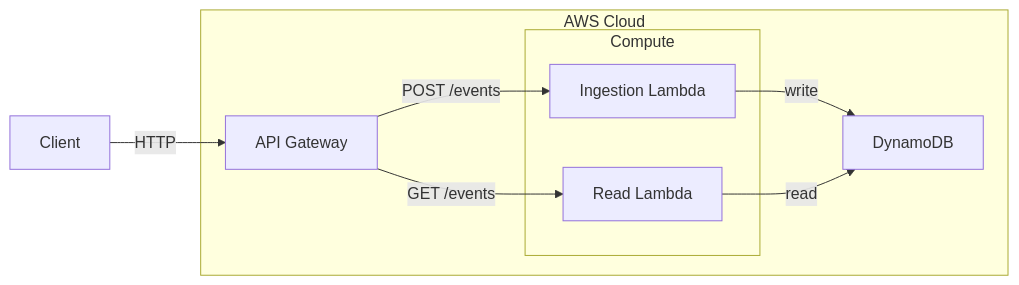
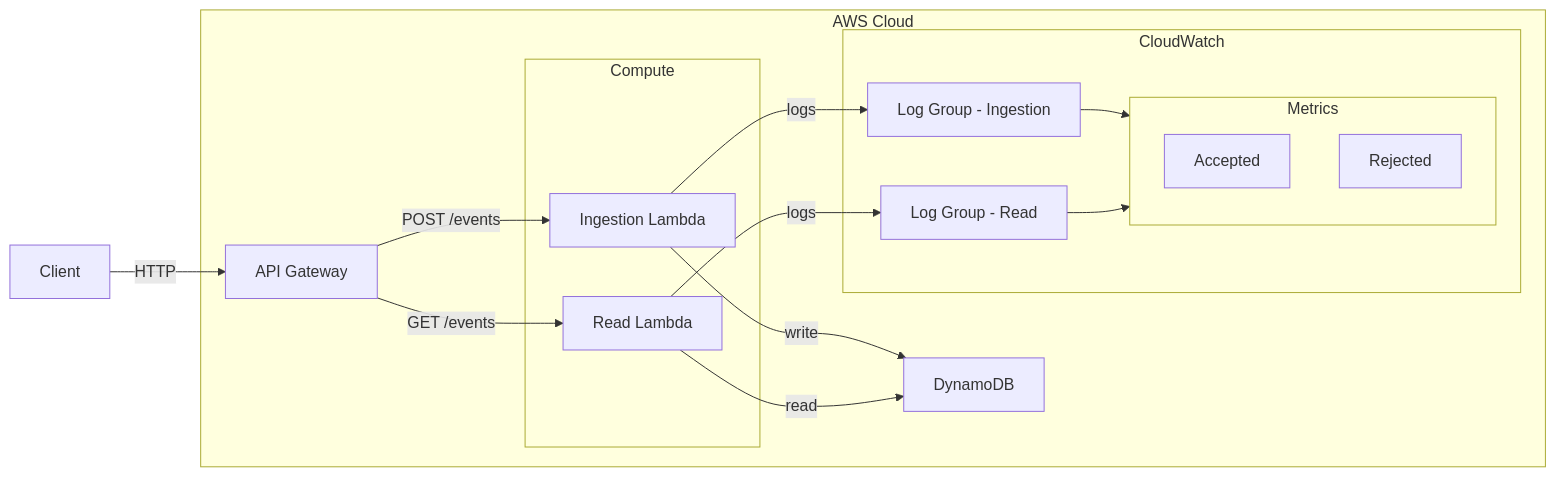
Before and after one commit to Kilianrm/cloud-events-platform: the diagram in docs/architecture/aws-service-mapping.md, drawn with Mermaid. The commit also changed other lines of this file and 5 other files, not shown here.

````diff
--- a/docs/architecture/aws-service-mapping.md
+++ b/docs/architecture/aws-service-mapping.md
@@ -19,24 +19,40 @@
 ```mermaid
 flowchart LR
     Client["Client"]
 
     subgraph AWS["AWS Cloud"]
         APIGW["API Gateway"]
         
         subgraph Compute["Compute"]
             Ingest["Ingestion Lambda"]
             Read["Read Lambda"]
         end
 
         DB["DynamoDB"]
+
+        subgraph CW["CloudWatch"]
+            LG1["Log Group - Ingestion"]
+            LG2["Log Group - Read"]
+
+            subgraph Metrics["Metrics"]
+                Accepted["Accepted"]
+                Rejected["Rejected"]
+            end
+        end
     end
 
     Client -->|HTTP| APIGW
 
     APIGW -->|POST /events| Ingest
     APIGW -->|GET /events| Read
 
     Ingest -->|write| DB
     Read -->|read| DB
 
+    Ingest -->|logs| LG1
+    Read -->|logs| LG2
+
+    LG1 --> Metrics
+    LG2 --> Metrics
+
 ```
````
